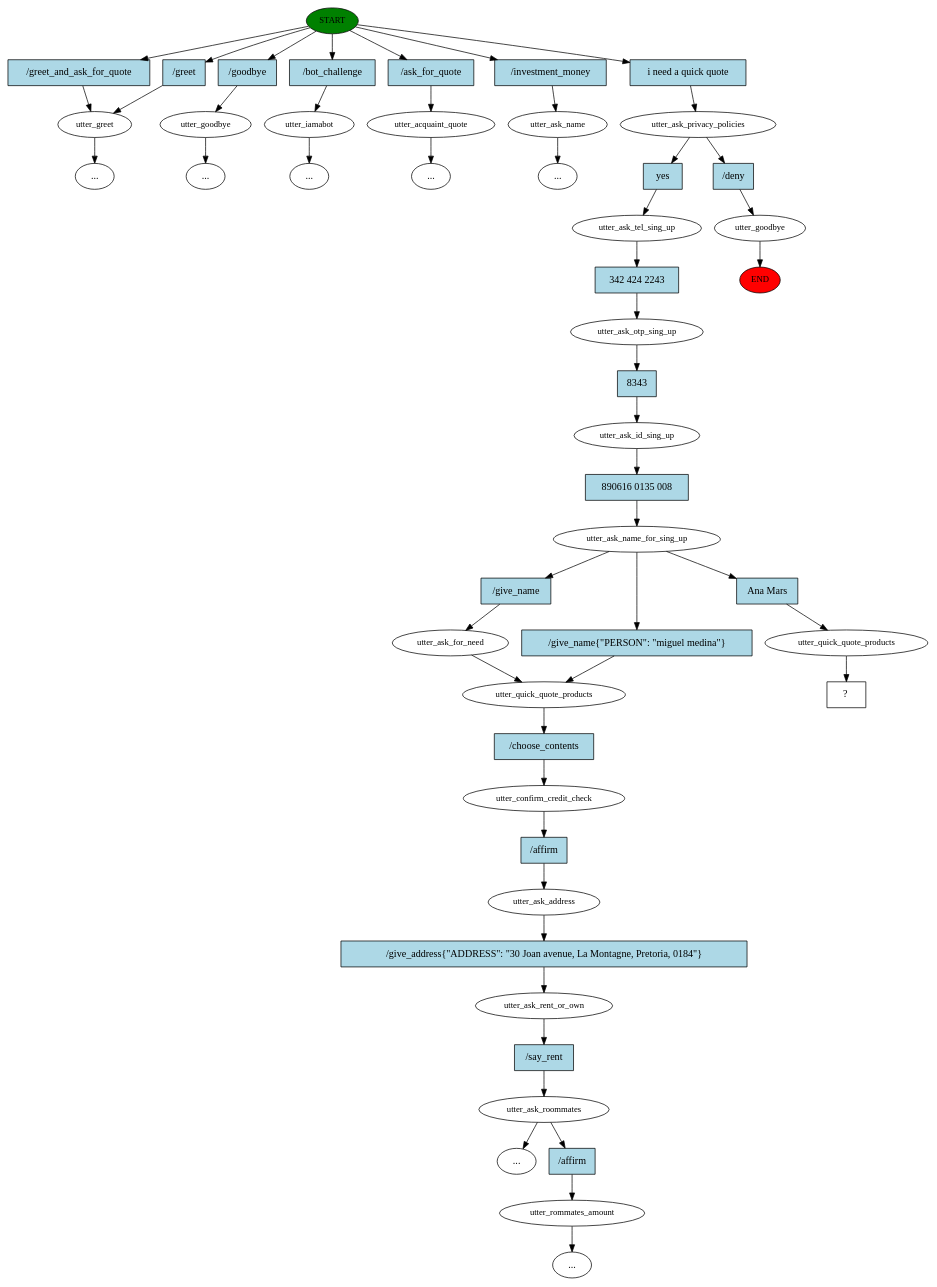
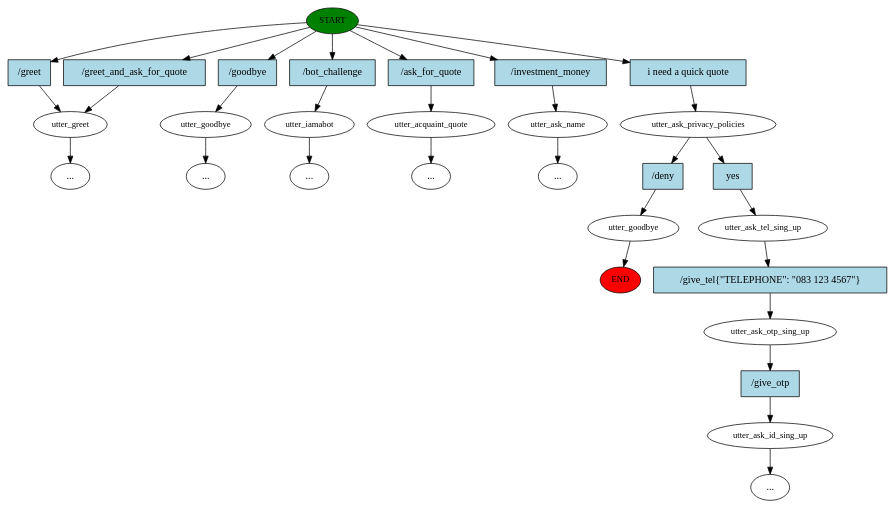
Before and after one commit to miguel-kjh/Sylvia: the diagram in story_graph.dot, drawn with Graphviz. The commit also changed 12 other files, not shown here.

```diff
--- a/story_graph.dot
+++ b/story_graph.dot
@@ -1,101 +1,60 @@
 digraph  {
 0 [class="start active", fillcolor=green, fontsize=12, label=START, style=filled];
 "-1" [class=end, fillcolor=red, fontsize=12, label=END, style=filled];
 1 [class="", fontsize=12, label=utter_greet];
 2 [class="", fontsize=12, label=utter_goodbye];
 "-4" [class=ellipsis, label="..."];
 3 [class="", fontsize=12, label=utter_iamabot];
 "-5" [class=ellipsis, label="..."];
 8 [class="", fontsize=12, label=utter_acquaint_quote];
 "-15" [class=ellipsis, label="..."];
 "-21" [class=ellipsis, label="..."];
 20 [class="", fontsize=12, label=utter_ask_name];
 "-26" [class=ellipsis, label="..."];
 25 [class=active, fontsize=12, label=utter_ask_privacy_policies];
 26 [class="", fontsize=12, label=utter_goodbye];
-28 [class=active, fontsize=12, label=utter_ask_tel_sing_up];
-29 [class=active, fontsize=12, label=utter_ask_otp_sing_up];
-30 [class=active, fontsize=12, label=utter_ask_id_sing_up];
-31 [class=active, fontsize=12, label=utter_ask_name_for_sing_up];
-32 [class="", fontsize=12, label=utter_ask_for_need];
-33 [class="", fontsize=12, label=utter_quick_quote_products];
-34 [class="", fontsize=12, label=utter_confirm_credit_check];
-35 [class="", fontsize=12, label=utter_ask_address];
-36 [class="", fontsize=12, label=utter_ask_rent_or_own];
-37 [class="", fontsize=12, label=utter_ask_roommates];
-"-28" [class=ellipsis, label="..."];
-59 [class="", fontsize=12, label=utter_rommates_amount];
+28 [class="active dashed", fontsize=12, label=utter_ask_tel_sing_up];
+29 [class="", fontsize=12, label=utter_ask_otp_sing_up];
+30 [class="", fontsize=12, label=utter_ask_id_sing_up];
 "-34" [class=ellipsis, label="..."];
-120 [class=active, fontsize=12, label=utter_quick_quote_products];
-121 [class="intent dashed active", label="  ?  ", shape=rect];
-122 [class=intent, fillcolor=lightblue, label="/greet", shape=rect, style=filled];
-123 [class=intent, fillcolor=lightblue, label="/greet_and_ask_for_quote", shape=rect, style=filled];
-124 [class=intent, fillcolor=lightblue, label="/goodbye", shape=rect, style=filled];
-125 [class=intent, fillcolor=lightblue, label="/bot_challenge", shape=rect, style=filled];
-126 [class=intent, fillcolor=lightblue, label="/ask_for_quote", shape=rect, style=filled];
-127 [class=intent, fillcolor=lightblue, label="/investment_money", shape=rect, style=filled];
-128 [class="intent active", fillcolor=lightblue, label="i need a quick quote", shape=rect, style=filled];
-129 [class=intent, fillcolor=lightblue, label="/deny", shape=rect, style=filled];
-130 [class="intent active", fillcolor=lightblue, label=yes, shape=rect, style=filled];
-131 [class="intent active", fillcolor=lightblue, label="342 424 2243", shape=rect, style=filled];
-132 [class="intent active", fillcolor=lightblue, label=8343, shape=rect, style=filled];
-133 [class="intent active", fillcolor=lightblue, label="890616 0135 008", shape=rect, style=filled];
-134 [class=intent, fillcolor=lightblue, label="/give_name", shape=rect, style=filled];
-135 [class="intent active", fillcolor=lightblue, label="Ana Mars", shape=rect, style=filled];
-136 [class=intent, fillcolor=lightblue, label="/give_name{\"PERSON\": \"miguel medina\"}", shape=rect, style=filled];
-137 [class=intent, fillcolor=lightblue, label="/choose_contents", shape=rect, style=filled];
-138 [class=intent, fillcolor=lightblue, label="/affirm", shape=rect, style=filled];
-139 [class=intent, fillcolor=lightblue, label="/give_address{\"ADDRESS\": \"30 Joan avenue, La Montagne, Pretoria, 0184\"}", shape=rect, style=filled];
-140 [class=intent, fillcolor=lightblue, label="/say_rent", shape=rect, style=filled];
-141 [class=intent, fillcolor=lightblue, label="/affirm", shape=rect, style=filled];
-0 -> 122  [class="", key=0];
-0 -> 123  [class="", key=0];
-0 -> 124  [class="", key=0];
-0 -> 125  [class="", key=0];
-0 -> 126  [class="", key=0];
-0 -> 127  [class="", key=0];
-0 -> 128  [class=active, key=0];
+61 [class=intent, fillcolor=lightblue, label="/greet", shape=rect, style=filled];
+62 [class=intent, fillcolor=lightblue, label="/greet_and_ask_for_quote", shape=rect, style=filled];
+63 [class=intent, fillcolor=lightblue, label="/goodbye", shape=rect, style=filled];
+64 [class=intent, fillcolor=lightblue, label="/bot_challenge", shape=rect, style=filled];
+65 [class=intent, fillcolor=lightblue, label="/ask_for_quote", shape=rect, style=filled];
+66 [class=intent, fillcolor=lightblue, label="/investment_money", shape=rect, style=filled];
+67 [class="intent active", fillcolor=lightblue, label="i need a quick quote", shape=rect, style=filled];
+68 [class=intent, fillcolor=lightblue, label="/deny", shape=rect, style=filled];
+69 [class="intent active", fillcolor=lightblue, label=yes, shape=rect, style=filled];
+70 [class=intent, fillcolor=lightblue, label="/give_tel{\"TELEPHONE\": \"083 123 4567\"}", shape=rect, style=filled];
+71 [class=intent, fillcolor=lightblue, label="/give_otp", shape=rect, style=filled];
+0 -> 61  [class="", key=0];
+0 -> 62  [class="", key=0];
+0 -> 63  [class="", key=0];
+0 -> 64  [class="", key=0];
+0 -> 65  [class="", key=0];
+0 -> 66  [class="", key=0];
+0 -> 67  [class=active, key=0];
 1 -> "-15"  [class="", key=NONE, label=""];
 2 -> "-4"  [class="", key=NONE, label=""];
 3 -> "-5"  [class="", key=NONE, label=""];
 8 -> "-21"  [class="", key=NONE, label=""];
 20 -> "-26"  [class="", key=NONE, label=""];
-25 -> 129  [class="", key=0];
-25 -> 130  [class=active, key=0];
+25 -> 68  [class="", key=0];
+25 -> 69  [class=active, key=0];
 26 -> "-1"  [class="", key=NONE, label=""];
-28 -> 131  [class=active, key=0];
-29 -> 132  [class=active, key=0];
-30 -> 133  [class=active, key=0];
-31 -> 134  [class="", key=0];
-31 -> 135  [class=active, key=0];
-31 -> 136  [class="", key=0];
-32 -> 33  [class="", key=NONE, label=""];
-33 -> 137  [class="", key=0];
-34 -> 138  [class="", key=0];
-35 -> 139  [class="", key=0];
-36 -> 140  [class="", key=0];
-37 -> "-28"  [class="", key=NONE, label=""];
-37 -> 141  [class="", key=0];
-59 -> "-34"  [class="", key=NONE, label=""];
-120 -> 121  [class=active, key=NONE, label=""];
-122 -> 1  [class="", key=0];
-123 -> 1  [class="", key=0];
-124 -> 2  [class="", key=0];
-125 -> 3  [class="", key=0];
-126 -> 8  [class="", key=0];
-127 -> 20  [class="", key=0];
-128 -> 25  [class=active, key=0];
-129 -> 26  [class="", key=0];
-130 -> 28  [class=active, key=0];
-131 -> 29  [class=active, key=0];
-132 -> 30  [class=active, key=0];
-133 -> 31  [class=active, key=0];
-134 -> 32  [class="", key=0];
-135 -> 120  [class=active, key=0];
-136 -> 33  [class="", key=0];
-137 -> 34  [class="", key=0];
-138 -> 35  [class="", key=0];
-139 -> 36  [class="", key=0];
-140 -> 37  [class="", key=0];
-141 -> 59  [class="", key=0];
+28 -> 70  [class="", key=0];
+29 -> 71  [class="", key=0];
+30 -> "-34"  [class="", key=NONE, label=""];
+61 -> 1  [class="", key=0];
+62 -> 1  [class="", key=0];
+63 -> 2  [class="", key=0];
+64 -> 3  [class="", key=0];
+65 -> 8  [class="", key=0];
+66 -> 20  [class="", key=0];
+67 -> 25  [class=active, key=0];
+68 -> 26  [class="", key=0];
+69 -> 28  [class=active, key=0];
+70 -> 29  [class="", key=0];
+71 -> 30  [class="", key=0];
 }
```
